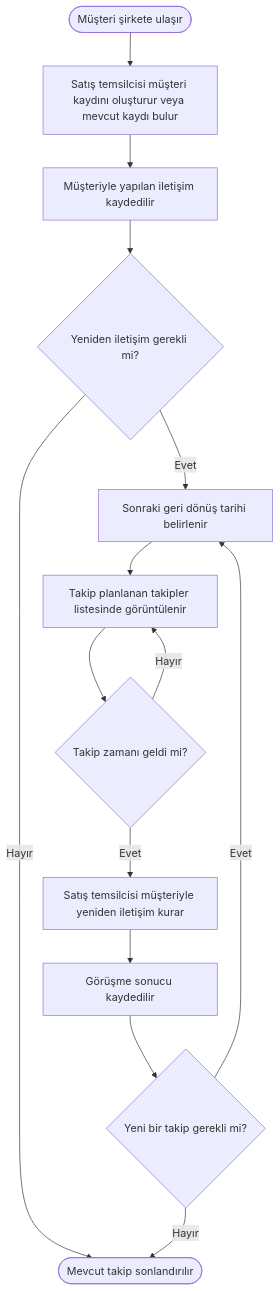
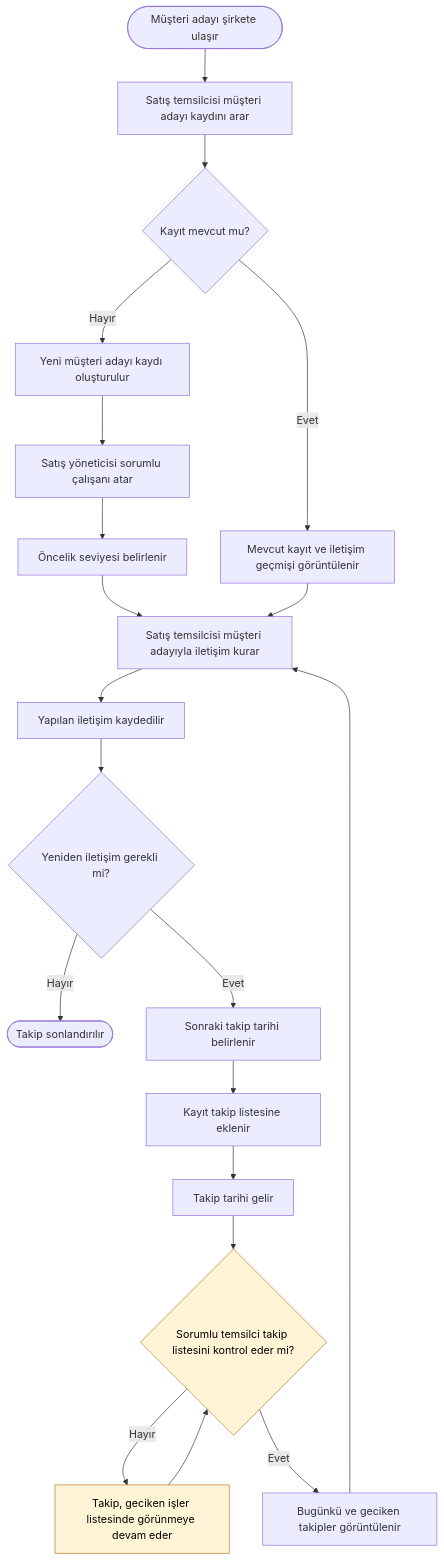
One commit to sudenurbakir/crm-lead-management-analysis changed the diagram in diagrams/target_process_flow.md. Above: the diagram before and after it, drawn with Mermaid. The commit also changed other lines of this file, not shown here.

First line of the commit message:
Revise target process flow for lead tracking

````diff
--- a/diagrams/target_process_flow.md
+++ b/diagrams/target_process_flow.md
@@ -11,16 +11,25 @@
 ```mermaid
 flowchart TD
-    A([Müşteri şirkete ulaşır]) --> B[Satış temsilcisi müşteri kaydını oluşturur veya mevcut kaydı bulur]
-    B --> C[Müşteriyle yapılan iletişim kaydedilir]
-    C --> D{Yeniden iletişim gerekli mi?}
-    D -- Hayır --> E([Mevcut takip sonlandırılır])
-    D -- Evet --> F[Sonraki geri dönüş tarihi belirlenir]
-    F --> G[Takip planlanan takipler listesinde görüntülenir]
-    G --> H{Takip zamanı geldi mi?}
-    H -- Hayır --> G
-    H -- Evet --> I[Satış temsilcisi müşteriyle yeniden iletişim kurar]
-    I --> J[Görüşme sonucu kaydedilir]
-    J --> K{Yeni bir takip gerekli mi?}
-    K -- Evet --> F
-    K -- Hayır --> E
+    A([Müşteri adayı şirkete ulaşır]) --> B[Satış temsilcisi müşteri adayı kaydını arar]
+    B --> C{Kayıt mevcut mu?}
+    C -- Hayır --> D[Yeni müşteri adayı kaydı oluşturulur]
+    C -- Evet --> E[Mevcut kayıt ve iletişim geçmişi görüntülenir]
+    D --> F[Satış yöneticisi sorumlu çalışanı atar]
+    F --> G[Öncelik seviyesi belirlenir]
+    G --> Q
+    E --> Q[Satış temsilcisi müşteri adayıyla iletişim kurar]
+    Q --> H[Yapılan iletişim kaydedilir]
+    H --> I{Yeniden iletişim gerekli mi?}
+    I -- Hayır --> J([Takip sonlandırılır])
+    I -- Evet --> K[Sonraki takip tarihi belirlenir]
+    K --> L[Kayıt takip listesine eklenir]
+    L --> M[Takip tarihi gelir]
+    M --> N{Sorumlu temsilci takip listesini kontrol eder mi?}
+    N -- Evet --> O[Bugünkü ve geciken takipler görüntülenir]
+    N -- Hayır --> P[Takip, geciken işler listesinde görünmeye devam eder]
+    P --> N
+    O --> Q
+
+    classDef partial fill:#fff4d6,stroke:#b7791f,color:#000
+    class N,P partial
 ```
````
